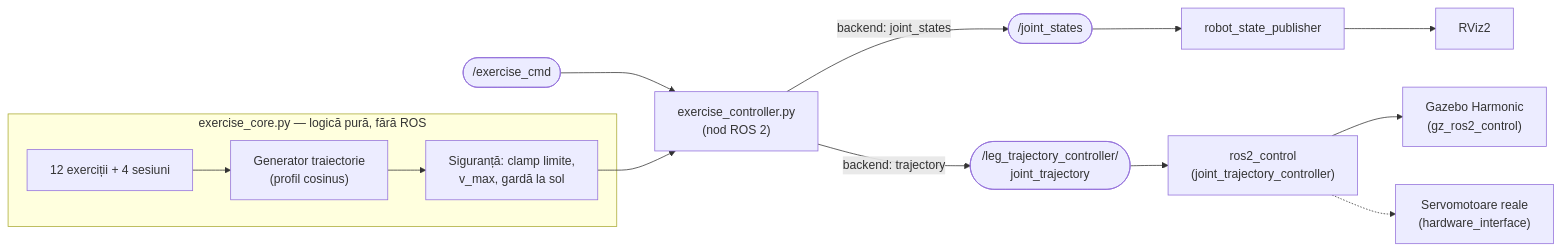
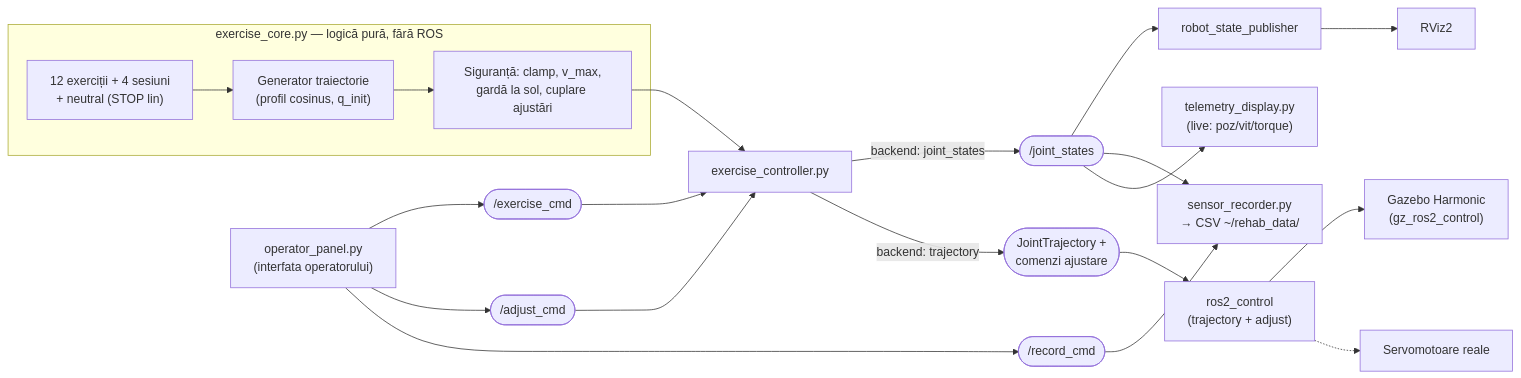
Before and after one commit to alexandru-tech-web/ROS2: the diagram in rehab_exo_description/README.md, drawn with Mermaid. The commit also changed other lines of this file and 85 other files, not shown here.

````diff
--- a/rehab_exo_description/README.md
+++ b/rehab_exo_description/README.md
@@ -42,15 +46,22 @@
 ```mermaid
 flowchart LR
+    PANEL["operator_panel.py<br/>(interfata operatorului)"] --> CMD(["/exercise_cmd"])
+    PANEL --> ADJC(["/adjust_cmd"])
+    PANEL --> RECC(["/record_cmd"])
     subgraph CORE["exercise_core.py — logică pură, fără ROS"]
-        EX["12 exerciții + 4 sesiuni"] --> TG["Generator traiectorie<br/>(profil cosinus)"]
-        TG --> SAFE["Siguranță: clamp limite,<br/>v_max, gardă la sol"]
+        EX["12 exerciții + 4 sesiuni<br/>+ neutral (STOP lin)"] --> TG["Generator traiectorie<br/>(profil cosinus, q_init)"]
+        TG --> SAFE["Siguranță: clamp, v_max,<br/>gardă la sol, cuplare ajustări"]
     end
-    CMD(["/exercise_cmd"]) --> CTRL
-    SAFE --> CTRL["exercise_controller.py<br/>(nod ROS 2)"]
+    CMD --> CTRL
+    ADJC --> CTRL
+    SAFE --> CTRL["exercise_controller.py"]
     CTRL -- "backend: joint_states" --> JS(["/joint_states"])
     JS --> RSP["robot_state_publisher"] --> RVIZ["RViz2"]
-    CTRL -- "backend: trajectory" --> JT(["/leg_trajectory_controller/<br/>joint_trajectory"])
-    JT --> R2C["ros2_control<br/>(joint_trajectory_controller)"]
+    CTRL -- "backend: trajectory" --> JT(["JointTrajectory +<br/>comenzi ajustare"])
+    JT --> R2C["ros2_control<br/>(trajectory + adjust)"]
     R2C --> GZ["Gazebo Harmonic<br/>(gz_ros2_control)"]
-    R2C -.-> HW["Servomotoare reale<br/>(hardware_interface)"]
+    R2C -.-> HW["Servomotoare reale"]
+    JS --> REC["sensor_recorder.py<br/>→ CSV ~/rehab_data/"]
+    JS --> TEL["telemetry_display.py<br/>(live: poz/vit/torque)"]
+    RECC --> REC
 ```
````
